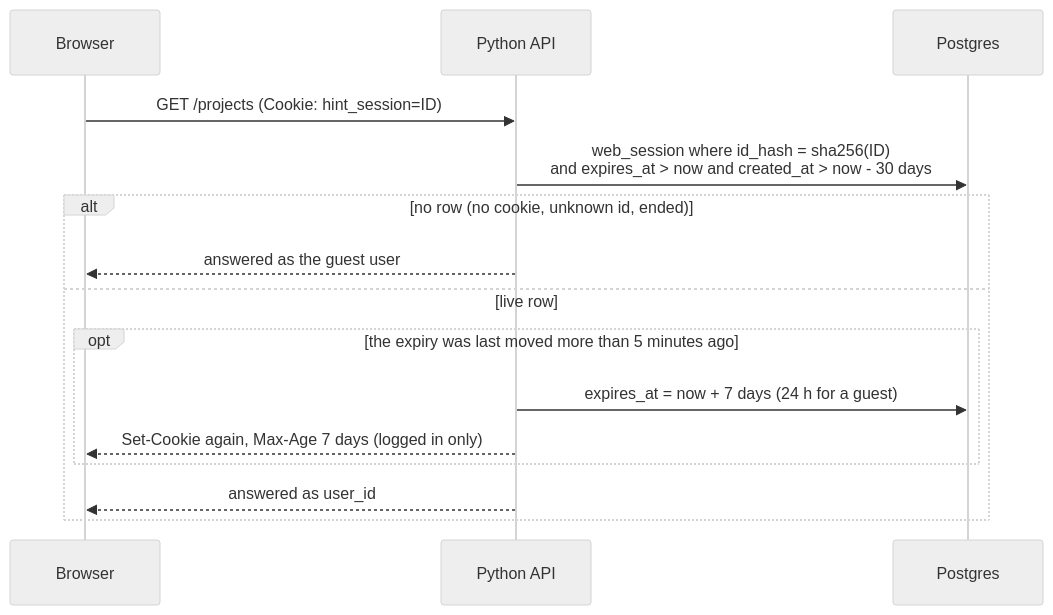
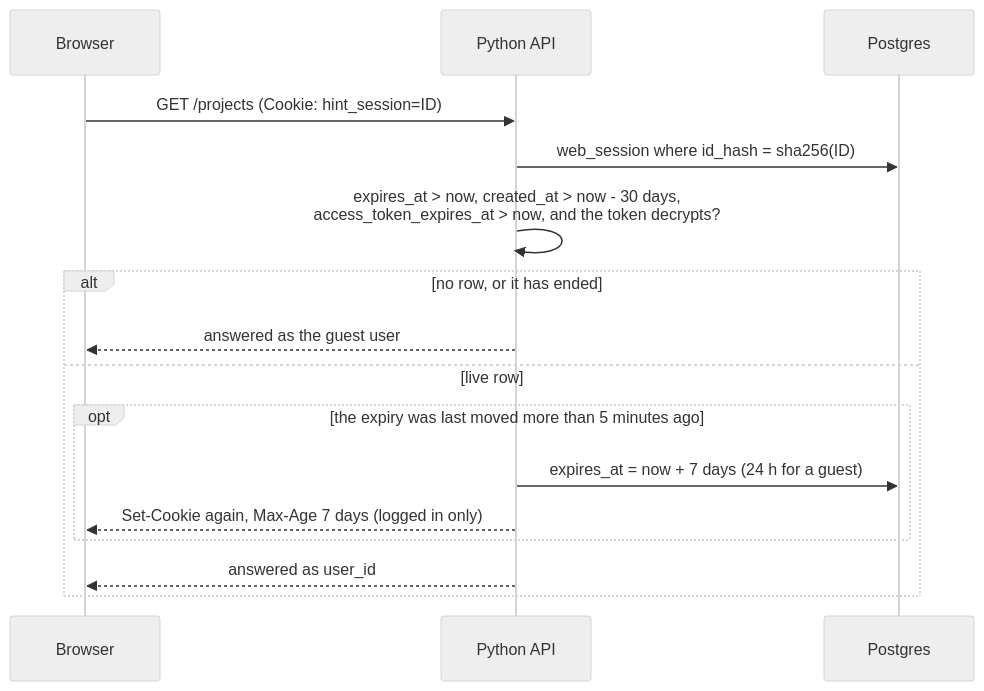
The second of 3 diagrams in docs/login-and-sessions.md (hivtools/hint), drawn with Mermaid (neutral theme) before and after one commit. The commit also changed other lines of this file and 12 other files, not shown here.

First line of the commit message:
Sessions: the Auth0 token's expiry ends the session

````diff
--- a/docs/login-and-sessions.md
+++ b/docs/login-and-sessions.md
@@ -37,17 +36,18 @@
 ```mermaid
 sequenceDiagram
     participant B as Browser
     participant A as Python API
     participant DB as Postgres
     B->>A: GET /projects (Cookie: hint_session=ID)
-    A->>DB: web_session where id_hash = sha256(ID)<br/>and expires_at > now and created_at > now - 30 days
-    alt no row (no cookie, unknown id, ended)
+    A->>DB: web_session where id_hash = sha256(ID)
+    A->>A: expires_at > now, created_at > now - 30 days,<br/>access_token_expires_at > now, and the token decrypts?
+    alt no row, or it has ended
         A-->>B: answered as the guest user
     else live row
         opt the expiry was last moved more than 5 minutes ago
             A->>DB: expires_at = now + 7 days (24 h for a guest)
             A-->>B: Set-Cookie again, Max-Age 7 days (logged in only)
         end
         A-->>B: answered as user_id
     end
 ```
````
